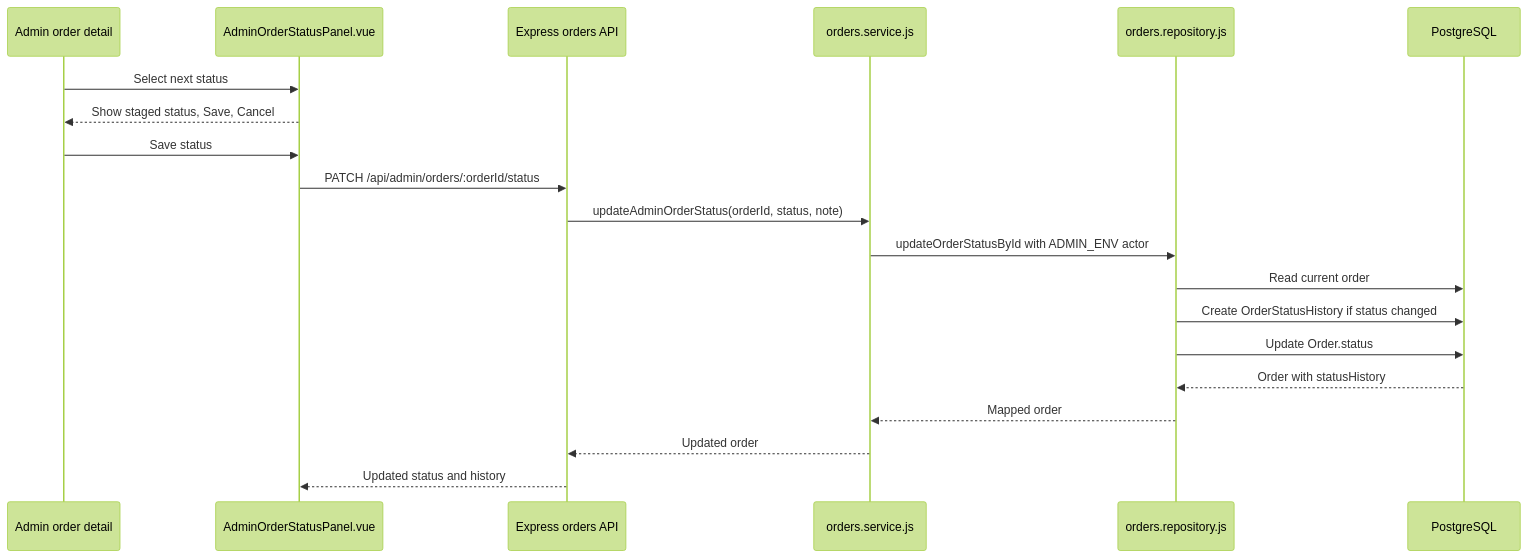
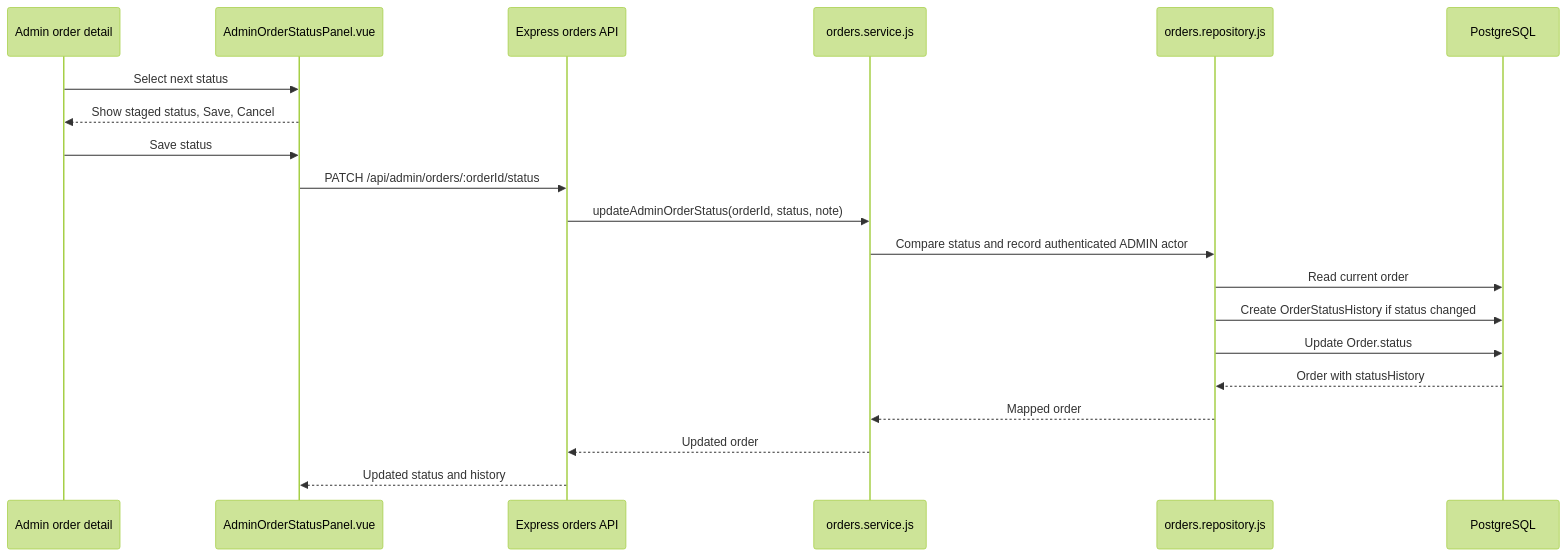
The seventh of 11 diagrams in doggy_ent_vue/docs/architecture/data-flow.md (alvarezaaronAI/doggy-ent), drawn with Mermaid (forest theme) before and after one commit. The commit also changed other lines of this file and 101 other files, not shown here.

````diff
--- a/doggy_ent_vue/docs/architecture/data-flow.md
+++ b/doggy_ent_vue/docs/architecture/data-flow.md
@@ -298,23 +298,23 @@
 ```mermaid
 sequenceDiagram
   participant Admin as Admin order detail
   participant Client as AdminOrderStatusPanel.vue
   participant API as Express orders API
   participant Service as orders.service.js
   participant Repo as orders.repository.js
   participant DB as PostgreSQL
 
   Admin->>Client: Select next status
   Client-->>Admin: Show staged status, Save, Cancel
   Admin->>Client: Save status
   Client->>API: PATCH /api/admin/orders/:orderId/status
   API->>Service: updateAdminOrderStatus(orderId, status, note)
-  Service->>Repo: updateOrderStatusById with ADMIN_ENV actor
+  Service->>Repo: Compare status and record authenticated ADMIN actor
   Repo->>DB: Read current order
   Repo->>DB: Create OrderStatusHistory if status changed
   Repo->>DB: Update Order.status
   DB-->>Repo: Order with statusHistory
   Repo-->>Service: Mapped order
   Service-->>API: Updated order
   API-->>Client: Updated status and history
 ```
````
